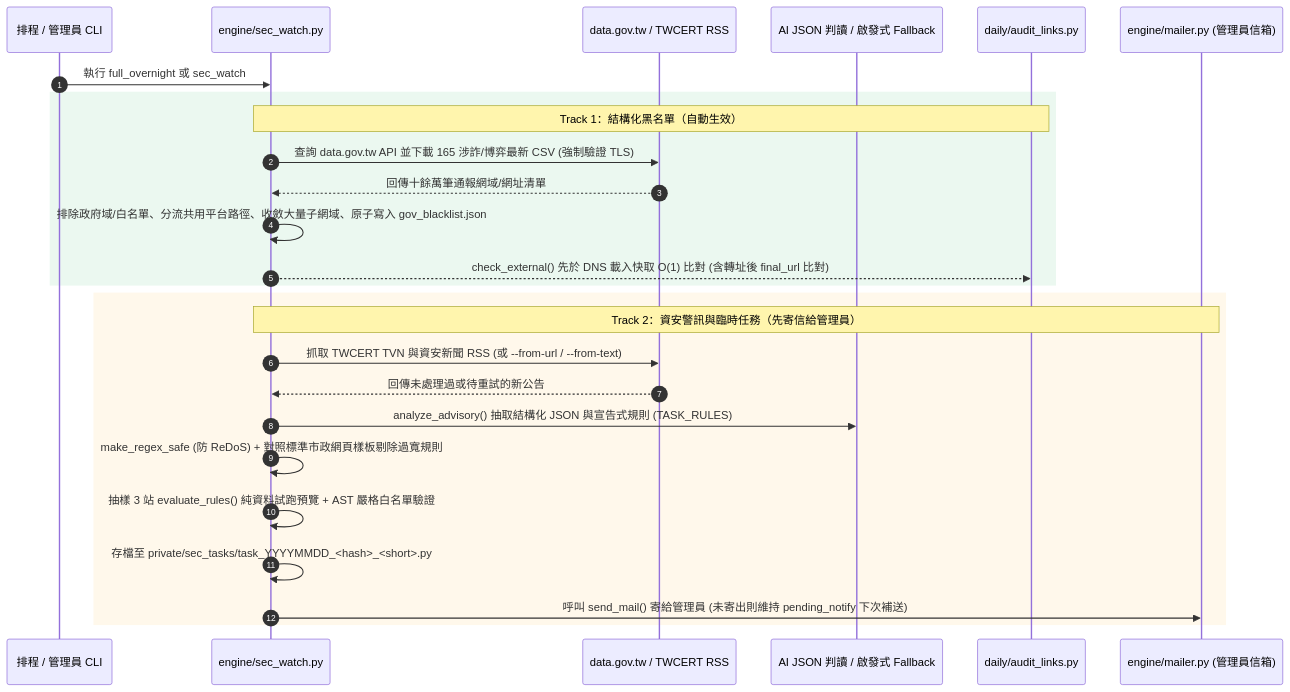
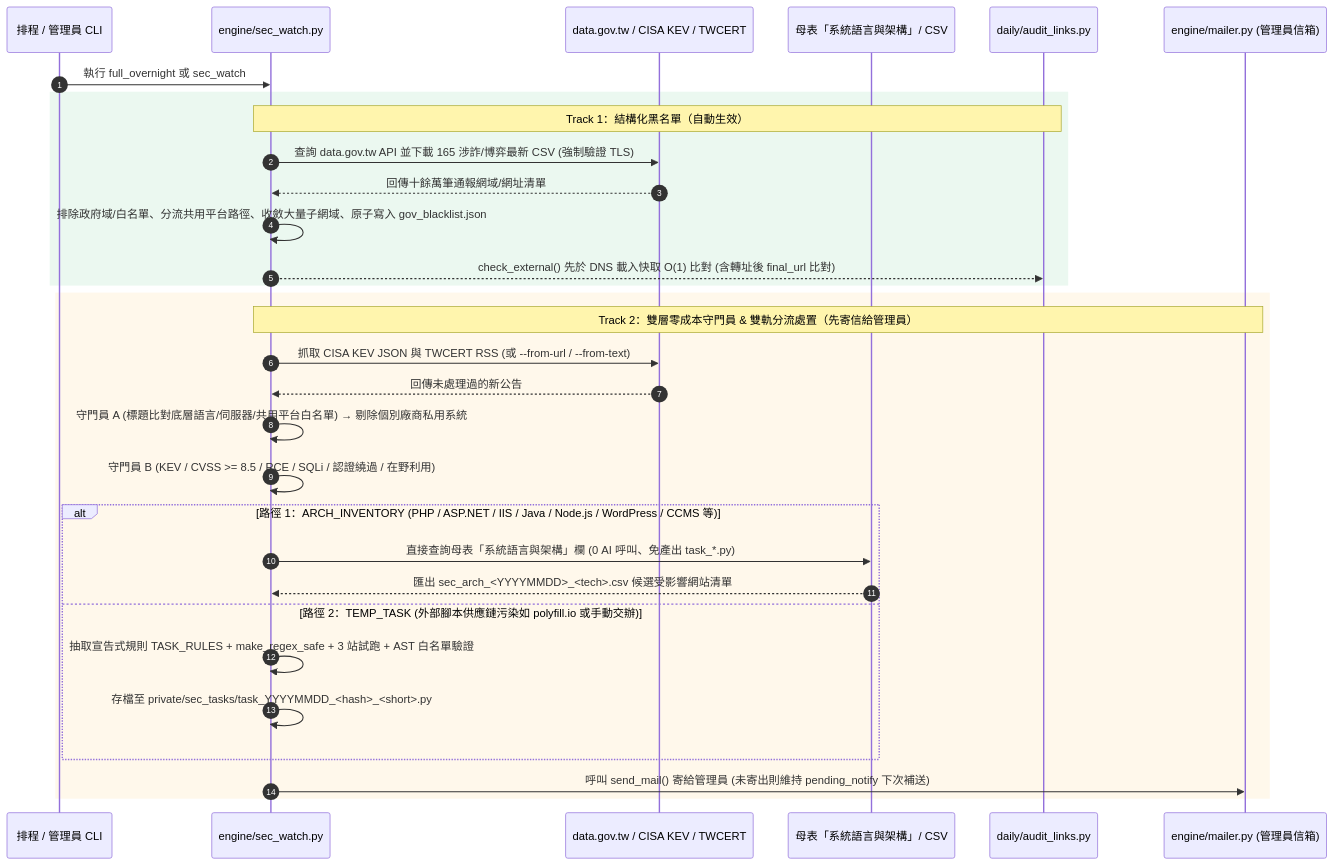
One commit to acebd12345/websitecheck changed the second of 2 diagrams in docs/SEC_INTEL_DESIGN.md. Above: the diagram before and after it, drawn with Mermaid. The commit also changed other lines of this file and 3 other files, not shown here.

Commit message:
升級 sec_watch Track 2：整合 CISA KEV、雙層零成本守門員、母表架構直查(ARCH_INVENTORY)與 --fill-arch

````diff
--- a/docs/SEC_INTEL_DESIGN.md
+++ b/docs/SEC_INTEL_DESIGN.md
@@ -71,31 +80,36 @@
 ```mermaid
 sequenceDiagram
     autonumber
     participant Cron as 排程 / 管理員 CLI
     participant SW as engine/sec_watch.py
-    participant Gov as data.gov.tw / TWCERT RSS
-    participant AI as AI JSON 判讀 / 啟發式 Fallback
+    participant Gov as data.gov.tw / CISA KEV / TWCERT
+    participant Sheet as 母表「系統語言與架構」/ CSV
     participant Audit as daily/audit_links.py
     participant Mail as engine/mailer.py (管理員信箱)
 
     Cron->>SW: 執行 full_overnight 或 sec_watch
     
     rect rgb(235, 248, 240)
         Note over SW,Audit: Track 1：結構化黑名單（自動生效）
         SW->>Gov: 查詢 data.gov.tw API 並下載 165 涉詐/博弈最新 CSV (強制驗證 TLS)
         Gov-->>SW: 回傳十餘萬筆通報網域/網址清單
         SW->>SW: 排除政府域/白名單、分流共用平台路徑、收斂大量子網域、原子寫入 gov_blacklist.json
         SW-->>Audit: check_external() 先於 DNS 載入快取 O(1) 比對 (含轉址後 final_url 比對)
     end
 
     rect rgb(255, 248, 235)
-        Note over SW,Mail: Track 2：資安警訊與臨時任務（先寄信給管理員）
-        SW->>Gov: 抓取 TWCERT TVN 與資安新聞 RSS (或 --from-url / --from-text)
-        Gov-->>SW: 回傳未處理過或待重試的新公告
-        SW->>AI: analyze_advisory() 抽取結構化 JSON 與宣告式規則 (TASK_RULES)
-        SW->>SW: make_regex_safe (防 ReDoS) + 對照標準市政網頁樣板剔除過寬規則
-        SW->>SW: 抽樣 3 站 evaluate_rules() 純資料試跑預覽 + AST 嚴格白名單驗證
-        SW->>SW: 存檔至 private/sec_tasks/task_YYYYMMDD_<hash>_<short>.py
+        Note over SW,Mail: Track 2：雙層零成本守門員 & 雙軌分流處置（先寄信給管理員）
+        SW->>Gov: 抓取 CISA KEV JSON 與 TWCERT RSS (或 --from-url / --from-text)
+        Gov-->>SW: 回傳未處理過的新公告
+        SW->>SW: 守門員 A (標題比對底層語言/伺服器/共用平台白名單) → 剔除個別廠商私用系統
+        SW->>SW: 守門員 B (KEV / CVSS >= 8.5 / RCE / SQLi / 認證繞過 / 在野利用)
+        alt 路徑 1：ARCH_INVENTORY (PHP / ASP.NET / IIS / Java / Node.js / WordPress / CCMS 等)
+            SW->>Sheet: 直接查詢母表「系統語言與架構」欄 (0 AI 呼叫、免產出 task_*.py)
+            Sheet-->>SW: 匯出 sec_arch_<YYYYMMDD>_<tech>.csv 候選受影響網站清單
+        else 路徑 2：TEMP_TASK (外部腳本供應鏈污染如 polyfill.io 或手動交辦)
+            SW->>SW: 抽取宣告式規則 TASK_RULES + make_regex_safe + 3 站試跑 + AST 白名單驗證
+            SW->>SW: 存檔至 private/sec_tasks/task_YYYYMMDD_<hash>_<short>.py
+        end
         SW->>Mail: 呼叫 send_mail() 寄給管理員 (未寄出則維持 pending_notify 下次補送)
     end
 ```
````
